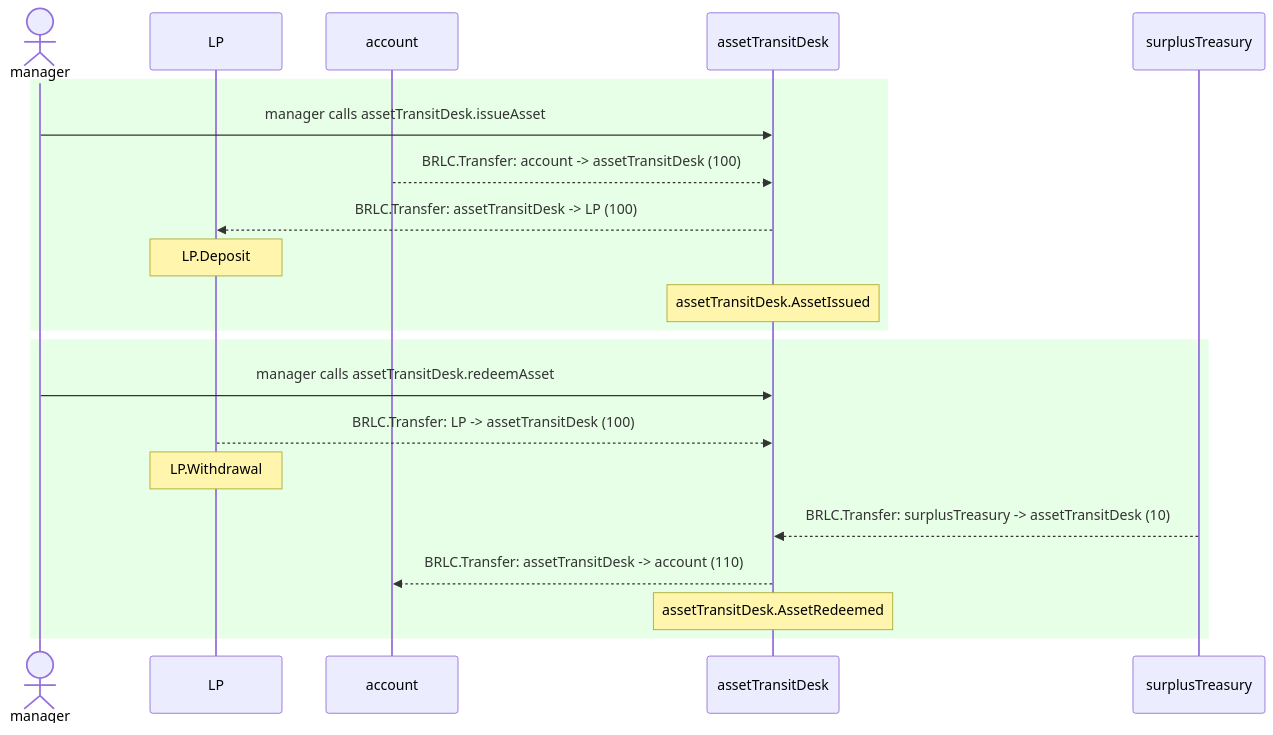
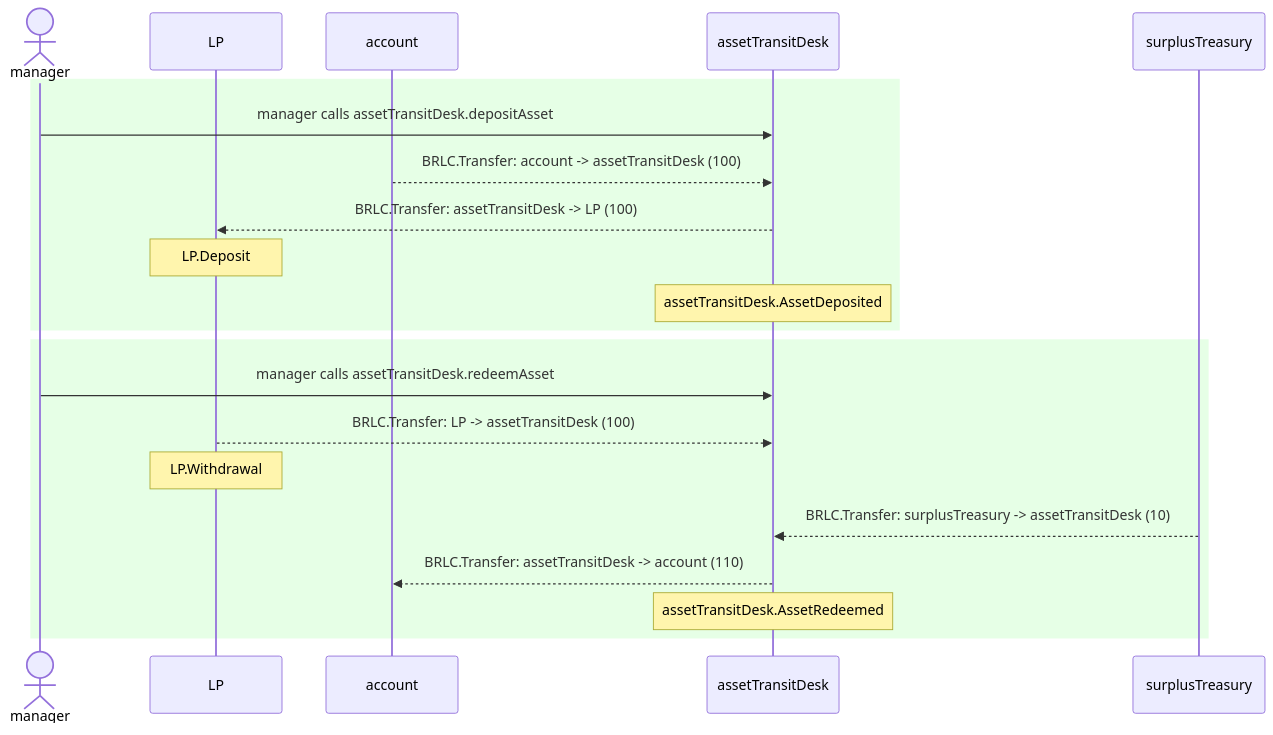
One commit to cloudwalk/brlc-asset-transit-desk changed the first of 2 diagrams in test/__snapshots__humans__/AssetTransitDesk.test.md. Above: the diagram before and after it, drawn with Mermaid. The commit also changed other lines of this file and 7 other files, not shown here.

````diff
--- a/test/__snapshots__humans__/AssetTransitDesk.test.md
+++ b/test/__snapshots__humans__/AssetTransitDesk.test.md
@@ -10,23 +10,23 @@
 ```mermaid
 sequenceDiagram
   actor manager
   participant LP
   participant account
   participant assetTransitDesk
   participant surplusTreasury
   rect rgb(230,255,230)
-    manager->>assetTransitDesk: manager calls assetTransitDesk.issueAsset
+    manager->>assetTransitDesk: manager calls assetTransitDesk.depositAsset
     account-->>assetTransitDesk: BRLC.Transfer: account -> assetTransitDesk (100)
     assetTransitDesk-->>LP: BRLC.Transfer: assetTransitDesk -> LP (100)
     Note over LP: LP.Deposit
-    Note over assetTransitDesk: assetTransitDesk.AssetIssued
+    Note over assetTransitDesk: assetTransitDesk.AssetDeposited
   end
   rect rgb(230,255,230)
     manager->>assetTransitDesk: manager calls assetTransitDesk.redeemAsset
     LP-->>assetTransitDesk: BRLC.Transfer: LP -> assetTransitDesk (100)
     Note over LP: LP.Withdrawal
     surplusTreasury-->>assetTransitDesk: BRLC.Transfer: surplusTreasury -> assetTransitDesk (10)
     assetTransitDesk-->>account: BRLC.Transfer: assetTransitDesk -> account (110)
     Note over assetTransitDesk: assetTransitDesk.AssetRedeemed
   end
 ```
````
